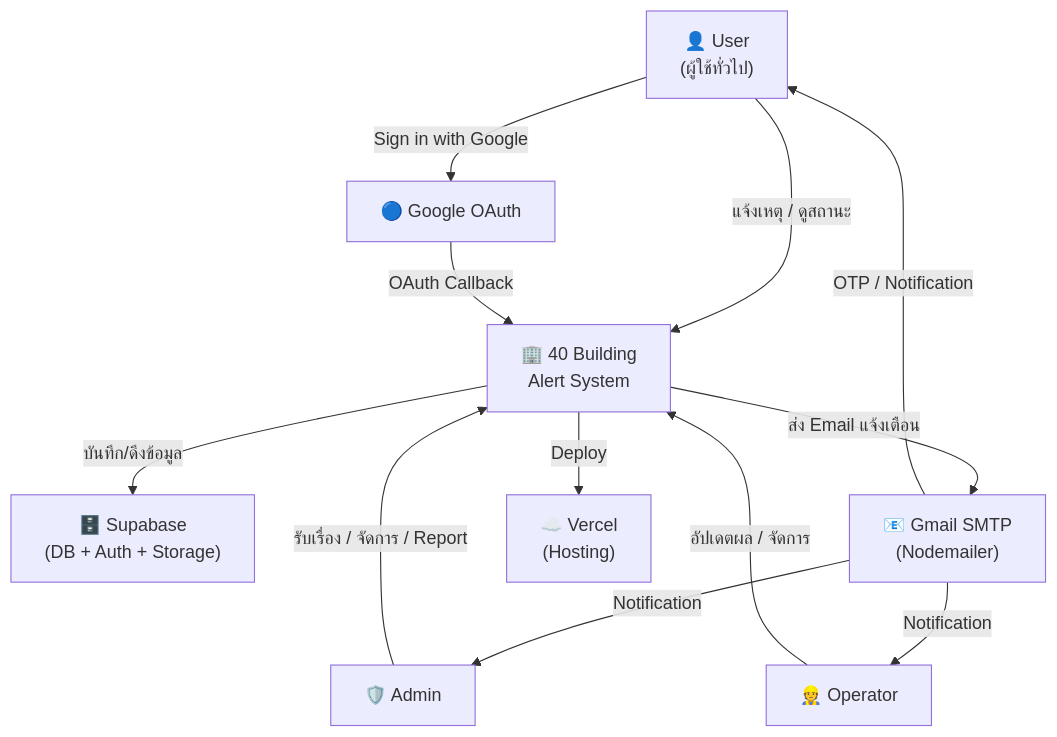
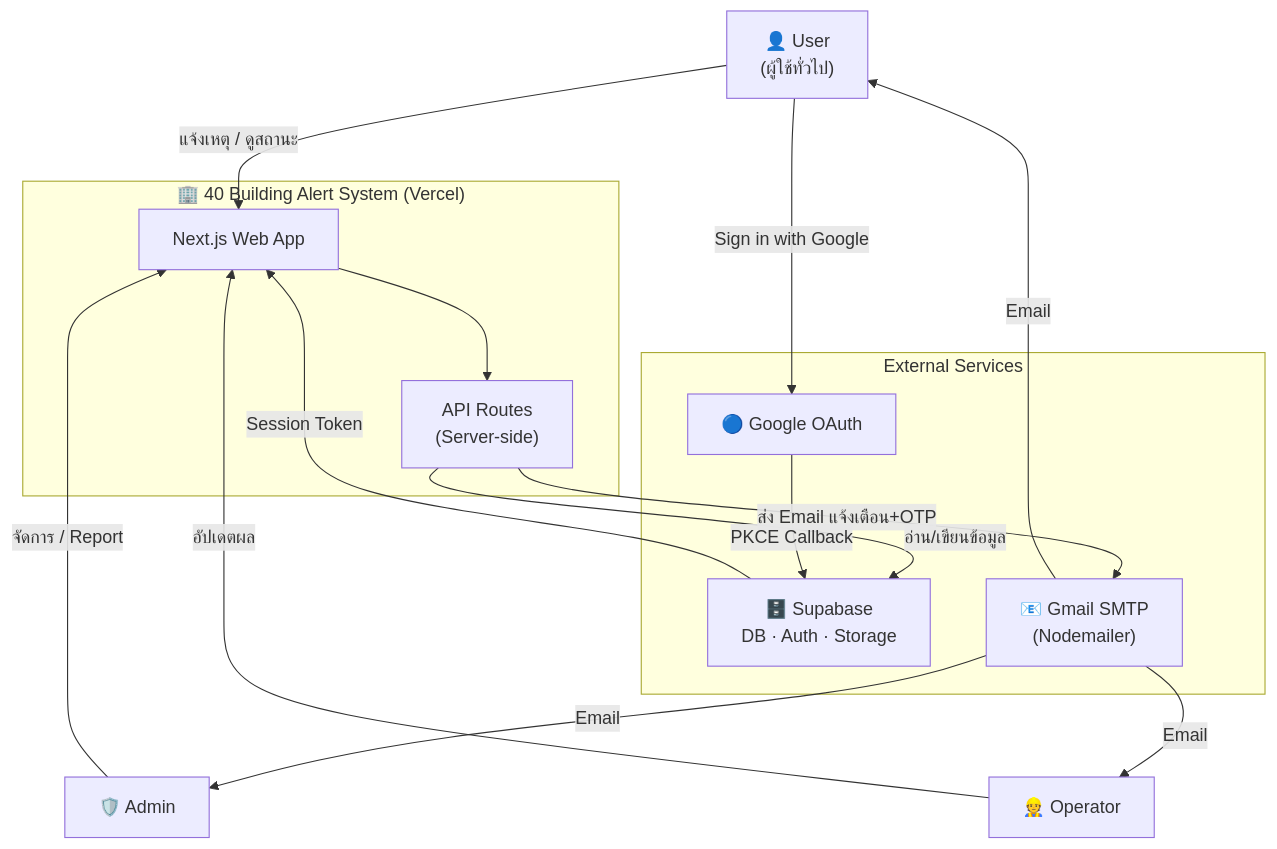
Before and after one commit to baitankub-boop/emergency_alert: the first of 12 diagrams in README.md, drawn with Mermaid. The commit also changed other lines of this file, not shown here.

````diff
--- a/README.md
+++ b/README.md
@@ -42,23 +50,30 @@
 ```mermaid
 graph TD
-    User["👤 User\n(ผู้ใช้ทั่วไป)"]
-    Admin["🛡️ Admin"]
-    Operator["👷 Operator"]
-    System["🏢 40 Building\nAlert System"]
-    Supabase["🗄️ Supabase\n(DB + Auth + Storage)"]
-    Gmail["📧 Gmail SMTP\n(Nodemailer)"]
-    Google["🔵 Google OAuth"]
-    Vercel["☁️ Vercel\n(Hosting)"]
+    U["👤 User\n(ผู้ใช้ทั่วไป)"]
+    A["🛡️ Admin"]
+    O["👷 Operator"]
 
-    User -- "แจ้งเหตุ / ดูสถานะ" --> System
-    Admin -- "รับเรื่อง / จัดการ / Report" --> System
-    Operator -- "อัปเดตผล / จัดการ" --> System
-    System -- "บันทึก/ดึงข้อมูล" --> Supabase
-    System -- "ส่ง Email แจ้งเตือน" --> Gmail
-    Gmail -- "OTP / Notification" --> User
-    Gmail -- "Notification" --> Admin
-    Gmail -- "Notification" --> Operator
-    User -- "Sign in with Google" --> Google
-    Google -- "OAuth Callback" --> System
-    System -- "Deploy" --> Vercel
+    subgraph System["🏢 40 Building Alert System (Vercel)"]
+        WEB["Next.js Web App"]
+        API["API Routes\n(Server-side)"]
+    end
+
+    subgraph External["External Services"]
+        SB["🗄️ Supabase\nDB · Auth · Storage"]
+        GM["📧 Gmail SMTP\n(Nodemailer)"]
+        GO["🔵 Google OAuth"]
+    end
+
+    U -- "แจ้งเหตุ / ดูสถานะ" --> WEB
+    A -- "จัดการ / Report" --> WEB
+    O -- "อัปเดตผล" --> WEB
+    WEB --> API
+    API -- "อ่าน/เขียนข้อมูล" --> SB
+    API -- "ส่ง Email แจ้งเตือน+OTP" --> GM
+    GM -- "Email" --> U
+    GM -- "Email" --> A
+    GM -- "Email" --> O
+    U -- "Sign in with Google" --> GO
+    GO -- "PKCE Callback" --> SB
+    SB -- "Session Token" --> WEB
 ```
````
